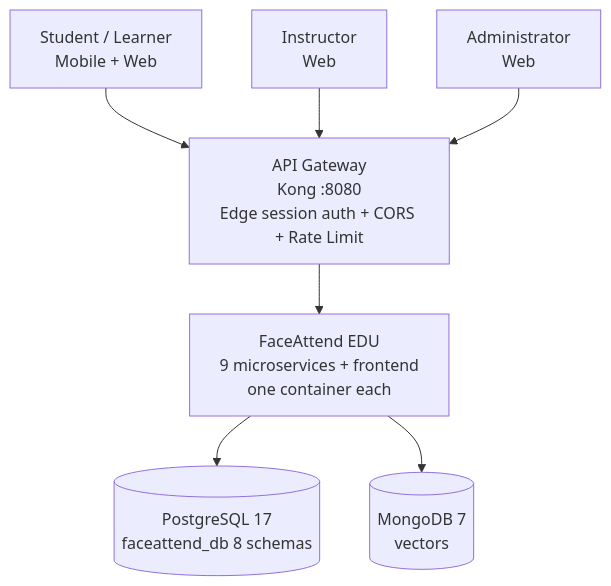
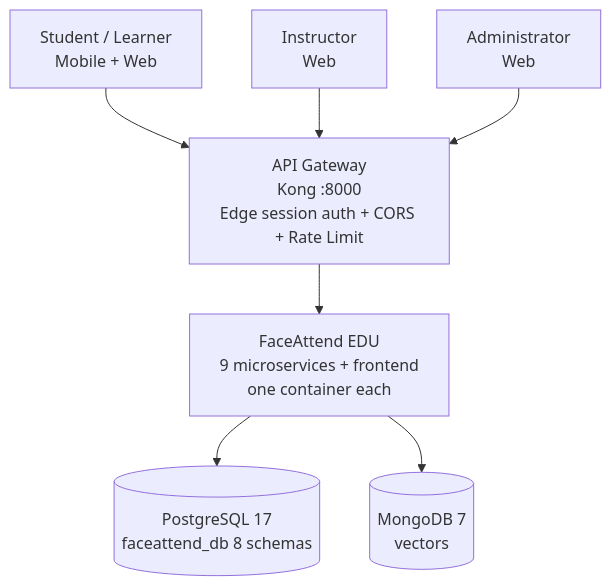
One commit to code-sena/fae-docs changed the first of 2 diagrams in 05-architecture/overview.md. Above: the diagram before and after it, drawn with Mermaid. The commit also changed other lines of this file and 106 other files, not shown here.

First line of the commit message:
docs: align uml diagrams and fae-docs with the implemented stack and deployment

````diff
--- a/05-architecture/overview.md
+++ b/05-architecture/overview.md
@@ -34,16 +34,16 @@
 ```mermaid
 graph TB
   Learner[Student / Learner<br/>Mobile + Web]
   Instructor[Instructor<br/>Web]
   Admin[Administrator<br/>Web]
-  GW[API Gateway<br/>Kong :8080<br/>Edge session auth + CORS + Rate Limit]
+  GW[API Gateway<br/>Kong :8000<br/>Edge session auth + CORS + Rate Limit]
   APP[FaceAttend EDU<br/>9 microservices + frontend<br/>one container each]
   PG[(PostgreSQL 17<br/>faceattend_db 8 schemas)]
   MG[(MongoDB 7<br/>vectors)]
   Learner --> GW
   Instructor --> GW
   Admin --> GW
   GW --> APP
   APP --> PG
   APP --> MG
 ```
````
